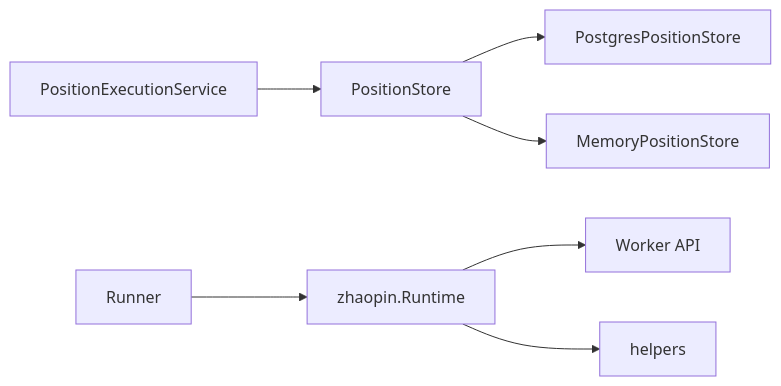
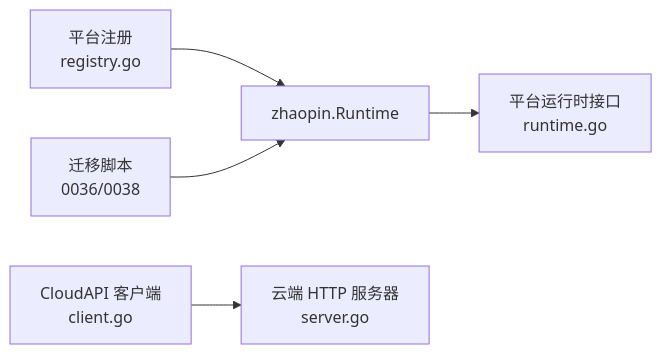
Before and after one commit to alvinwangzi/goodhr: the sixth of 6 diagrams in .qoder/repowiki/zh/content/本地执行器/平台适配器/智联招聘适配器/职位管理.md, drawn with Mermaid. The commit also changed other lines of this file and 149 other files, not shown here.

````diff
--- a/.qoder/repowiki/zh/content/本地执行器/平台适配器/智联招聘适配器/职位管理.md
+++ b/.qoder/repowiki/zh/content/本地执行器/平台适配器/智联招聘适配器/职位管理.md
@@ -314,9 +276,7 @@
 ```mermaid
 graph LR
-Exec["PositionExecutionService"] --> Store["PositionStore"]
-Store --> PG["PostgresPositionStore"]
-Store --> Mem["MemoryPositionStore"]
-Runner["Runner"] --> ZP["zhaopin.Runtime"]
-ZP --> Worker["Worker API"]
-ZP --> Helpers["helpers"]
+Reg["平台注册<br/>registry.go"] --> ZR["zhaopin.Runtime"]
+Client["CloudAPI 客户端<br/>client.go"] --> Server["云端 HTTP 服务器<br/>server.go"]
+ZR --> Core["平台运行时接口<br/>runtime.go"]
+DBM["迁移脚本<br/>0036/0038"] --> ZR
 ```
````
